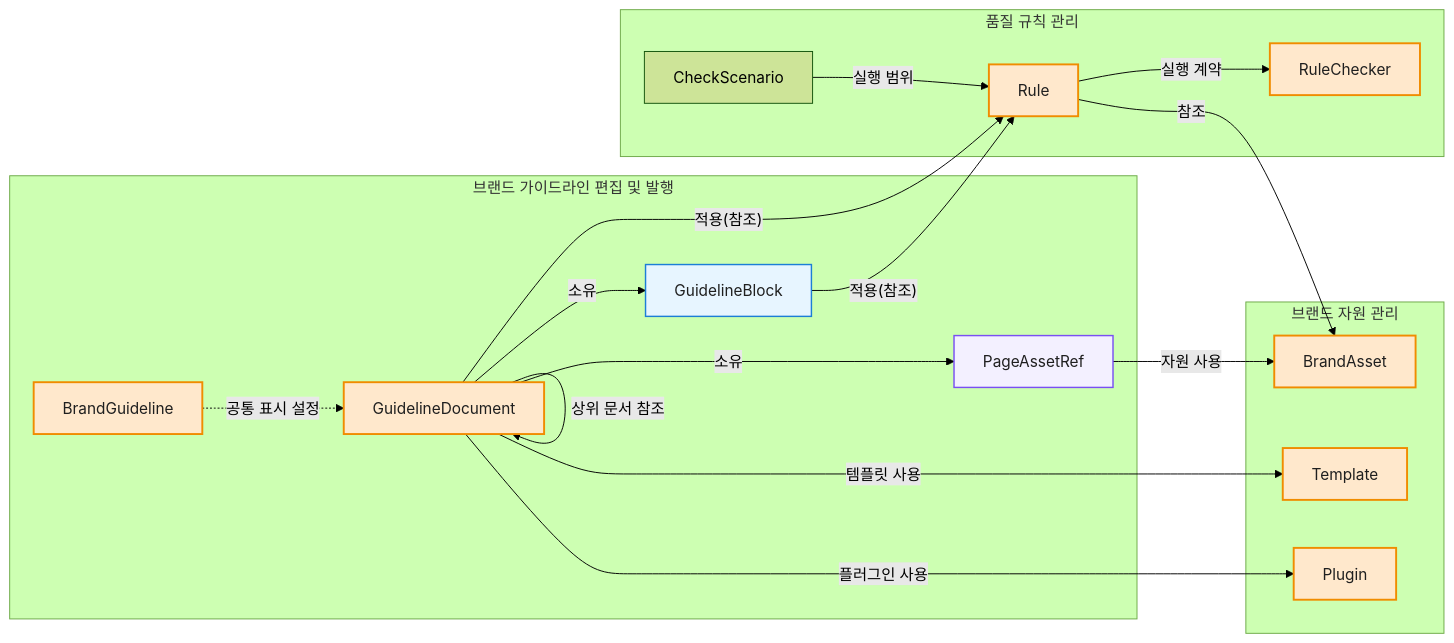
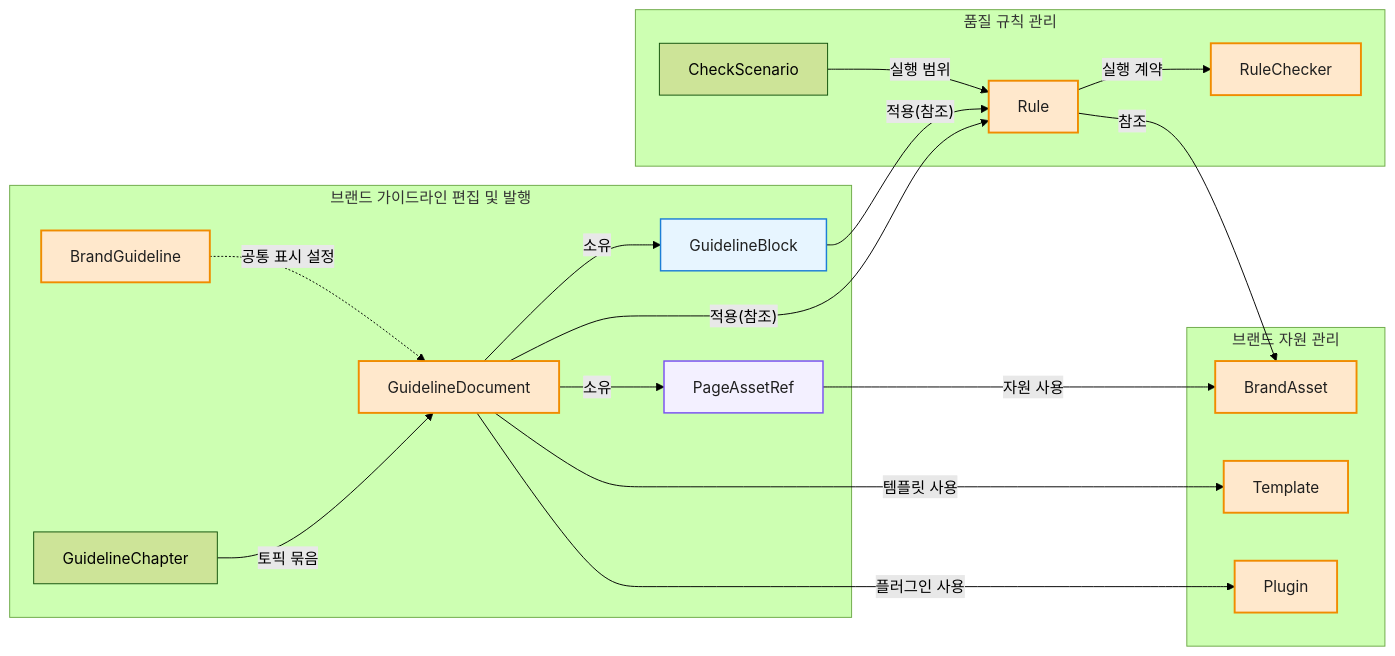
Before and after one commit to ewoooo/living-brand-system: the third of 5 diagrams in docs/04-domain-model.md, drawn with Mermaid (forest theme). The commit also changed other lines of this file and 2 other files, not shown here.

````diff
--- a/docs/04-domain-model.md
+++ b/docs/04-domain-model.md
@@ -283,42 +284,43 @@
 ```mermaid
 flowchart LR
   subgraph Edit["브랜드 가이드라인 편집 및 발행"]
     BrandGuideline["BrandGuideline"]
+    Chapter["GuidelineChapter"]
     Document["GuidelineDocument"]
     Block["GuidelineBlock"]
     PageAssetRefNode["PageAssetRef"]
   end
 
   subgraph QualityRule["품질 규칙 관리"]
     Rule["Rule"]
     RuleChecker["RuleChecker"]
     CheckScenario["CheckScenario"]
   end
 
   subgraph Resource["브랜드 자원 관리"]
     BrandAsset["BrandAsset"]
     Template["Template"]
     Plugin["Plugin"]
   end
 
   BrandGuideline -.->|"공통 표시 설정"| Document
-  Document -->|"상위 문서 참조"| Document
+  Chapter -->|"토픽 묶음"| Document
   Document -->|"소유"| Block
   Document -->|"적용(참조)"| Rule
   Block -->|"적용(참조)"| Rule
   Rule -->|"실행 계약"| RuleChecker
   CheckScenario -->|"실행 범위"| Rule
   Document -->|"소유"| PageAssetRefNode
   PageAssetRefNode -->|"자원 사용"| BrandAsset
   Document -->|"템플릿 사용"| Template
   Document -->|"플러그인 사용"| Plugin
   Rule -->|"참조"| BrandAsset
 
   classDef aggregate fill:#FFE8CC,stroke:#F08C00,stroke-width:2px,color:#1F1F1F;
   classDef entity fill:#E7F5FF,stroke:#1C7ED6,stroke-width:1.5px,color:#1F1F1F;
   classDef childEntity fill:#F3F0FF,stroke:#7950F2,stroke-width:1.5px,color:#1F1F1F;
 
   class BrandGuideline,Document,Rule,RuleChecker,BrandAsset,Template,Plugin aggregate;
   class Block entity;
   class PageAssetRefNode childEntity;
 ```
````
